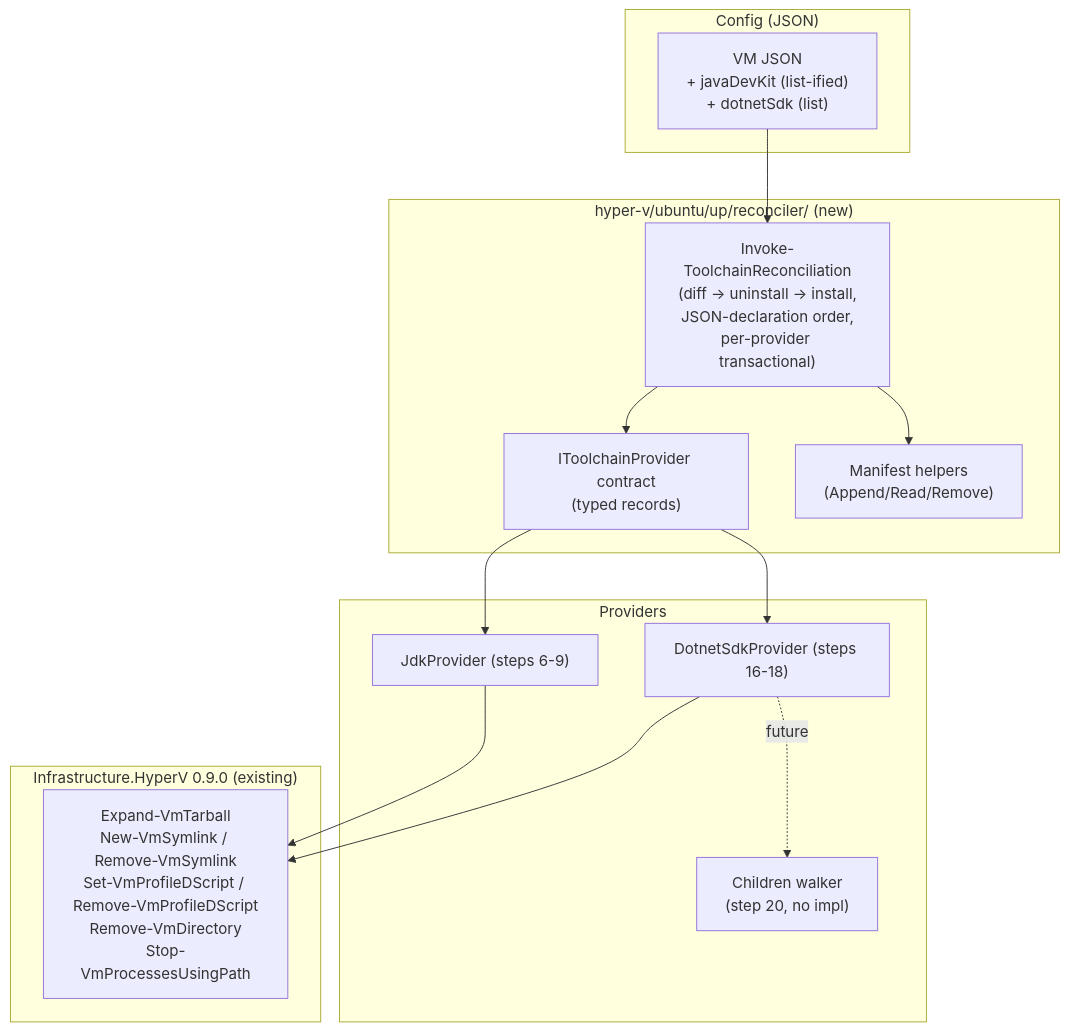
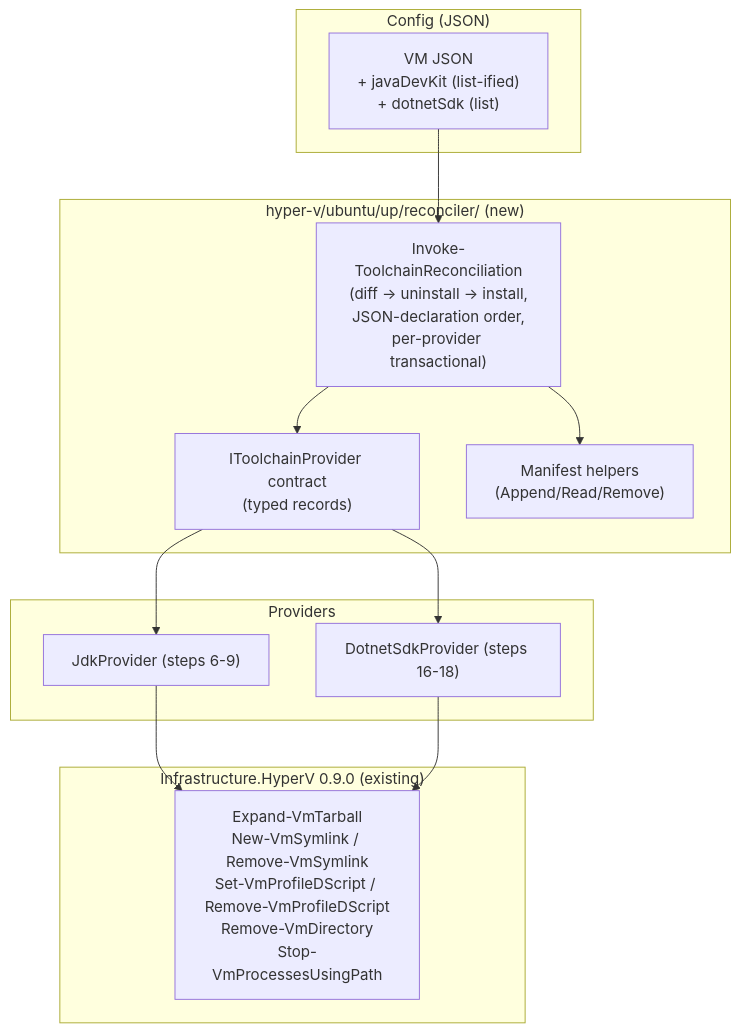
Before and after one commit to Klark-Morrigan/Infrastructure-Vm-Provisioner: the first of 20 diagrams in docs/dev/implementation/42 - dotnet sdk/plan.md, drawn with Mermaid. The commit also changed other lines of this file and 1 other file, not shown here.

Commit message:
docs: defer nested provider implementation to feature 43

````diff
--- a/docs/dev/implementation/42 - dotnet sdk/plan.md
+++ b/docs/dev/implementation/42 - dotnet sdk/plan.md
@@ -54,31 +57,29 @@
 ```mermaid
 flowchart TD
     subgraph Config ["Config (JSON)"]
         JSON["VM JSON\n+ javaDevKit (list-ified)\n+ dotnetSdk (list)"]
     end
 
     subgraph Reconciler ["hyper-v/ubuntu/up/reconciler/ (new)"]
         ORCH["Invoke-ToolchainReconciliation\n(diff -> uninstall -> install,\nJSON-declaration order,\nper-provider transactional)"]
         IFACE["IToolchainProvider contract\n(typed records)"]
         MAN["Manifest helpers\n(Append/Read/Remove)"]
     end
 
     subgraph Providers ["Providers"]
         JDKP["JdkProvider (steps 6-9)"]
         DOTP["DotnetSdkProvider (steps 16-18)"]
-        NESTED["Children walker\n(step 20, no impl)"]
     end
 
     subgraph HyperV ["Infrastructure.HyperV 0.9.0 (existing)"]
         PRIM["Expand-VmTarball\nNew-VmSymlink / Remove-VmSymlink\nSet-VmProfileDScript / Remove-VmProfileDScript\nRemove-VmDirectory\nStop-VmProcessesUsingPath"]
     end
 
     JSON --> ORCH
     ORCH --> IFACE
     IFACE --> JDKP
     IFACE --> DOTP
     ORCH --> MAN
     JDKP --> PRIM
     DOTP --> PRIM
-    DOTP -.->|future| NESTED
 ```
````
